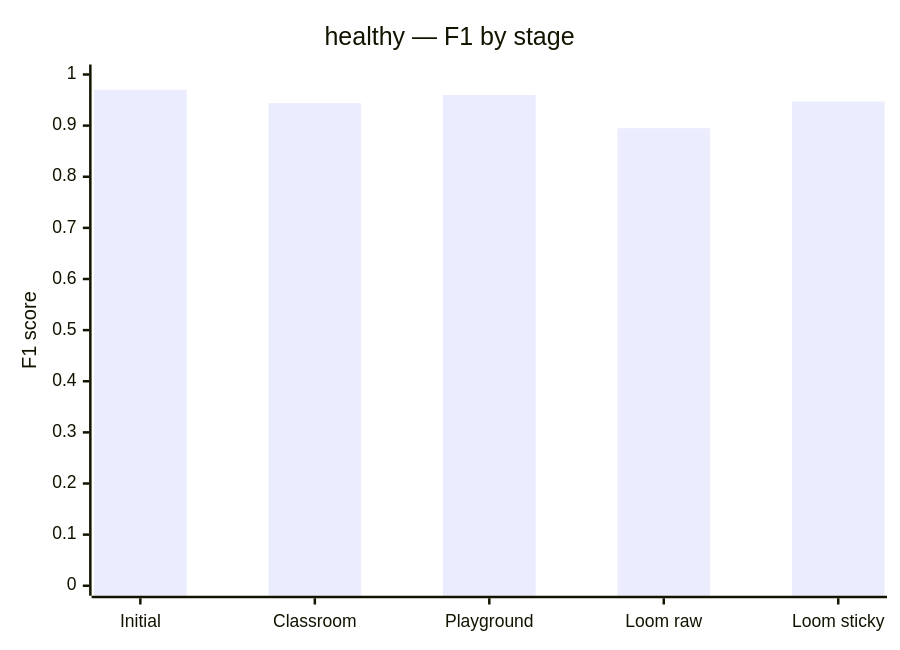
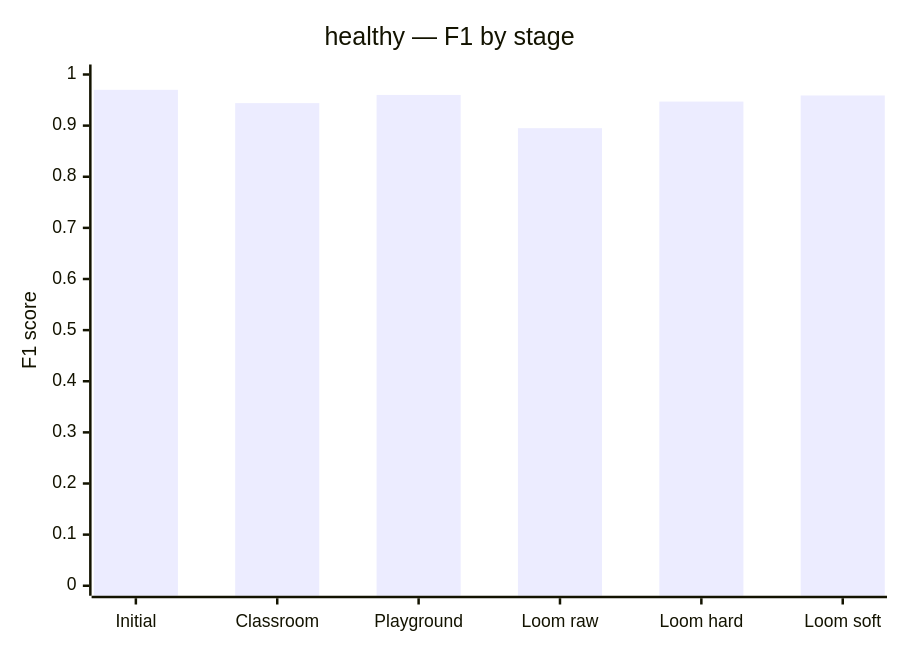
One commit to sahilshaik13/deca-isro changed the first of 5 diagrams in docs/DECA_TEST_SCORES.md. Above: the diagram before and after it, drawn with Mermaid. The commit also changed other lines of this file and 11 other files, not shown here.

````diff
--- a/docs/DECA_TEST_SCORES.md
+++ b/docs/DECA_TEST_SCORES.md
@@ -231,7 +308,7 @@
 ```mermaid
 xychart-beta
     title "healthy — F1 by stage"
-    x-axis [Initial, Classroom, Playground, "Loom raw", "Loom sticky"]
+    x-axis [Initial, Classroom, Playground, "Loom raw", "Loom hard", "Loom soft"]
     y-axis "F1 score" 0 --> 1
-    bar [0.97, 0.944, 0.96, 0.895, 0.947]
+    bar [0.97, 0.944, 0.96, 0.895, 0.947, 0.959]
 ```
````
